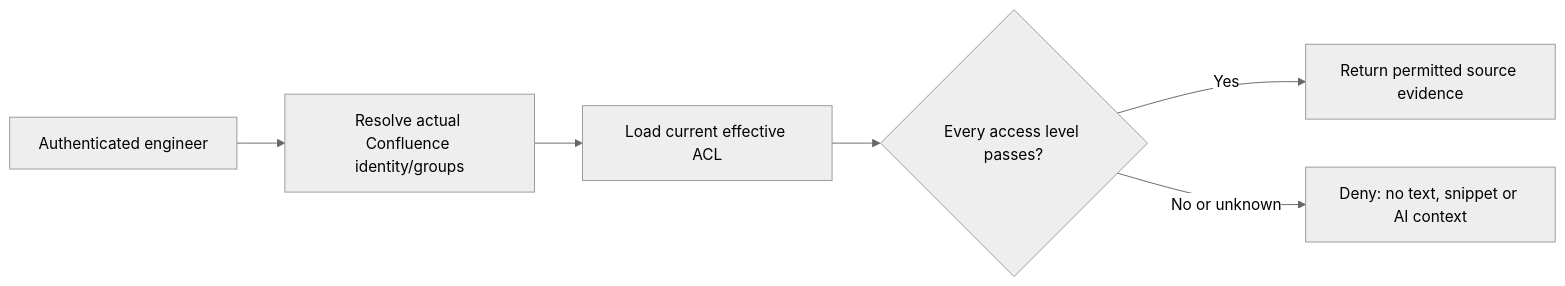
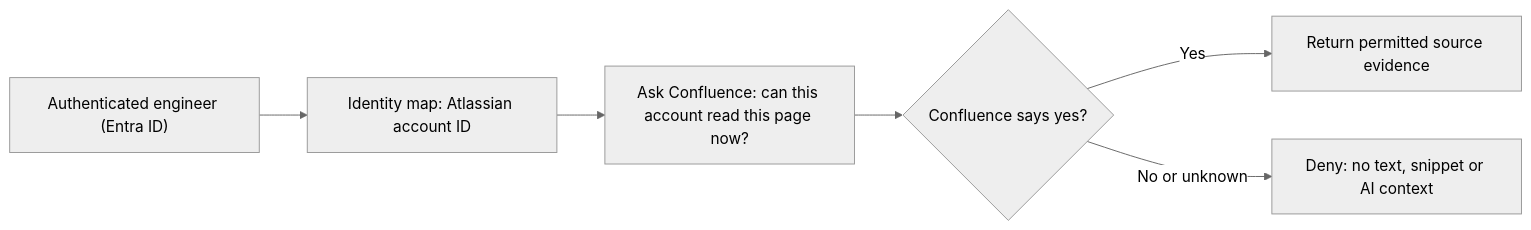
The fourth of 4 diagrams in docs/features/LRN-02-confluence/05-Illustrated-Walkthrough.md (sandeshshinde284-bit/visionIQ), drawn with Mermaid (neutral theme) before and after one commit. The commit also changed other lines of this file, not shown here.

Commit message:
docs(LRN-02): integrate reviewed Confluence ACL and acceptance notes

````diff
--- a/docs/features/LRN-02-confluence/05-Illustrated-Walkthrough.md
+++ b/docs/features/LRN-02-confluence/05-Illustrated-Walkthrough.md
@@ -92,8 +92,8 @@
 ```mermaid
 flowchart LR
-    U["Authenticated engineer"] --> I["Resolve actual Confluence identity/groups"]
-    I --> L["Load current effective ACL"]
-    L --> Q{"Every access level passes?"}
+    U["Authenticated engineer (Entra ID)"] --> I["Identity map: Atlassian account ID"]
+    I --> L["Ask Confluence: can this account read this page now?"]
+    L --> Q{"Confluence says yes?"}
     Q -->|Yes| T["Return permitted source evidence"]
     Q -->|No or unknown| N["Deny: no text, snippet or AI context"]
 ```
````
